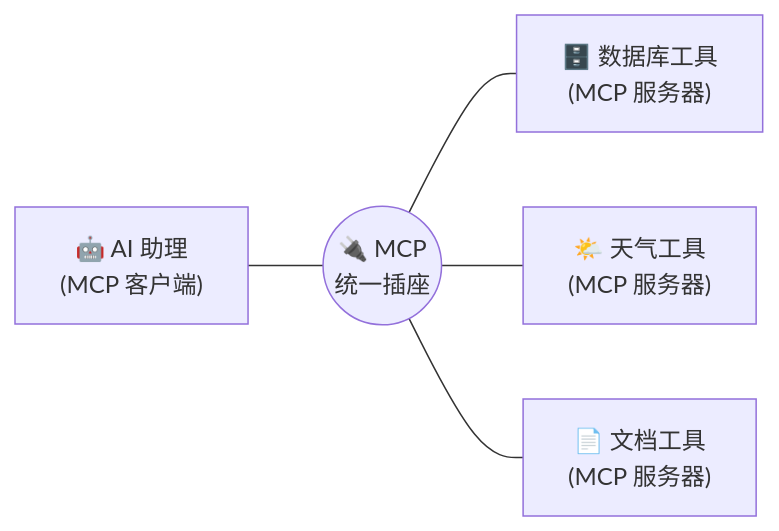
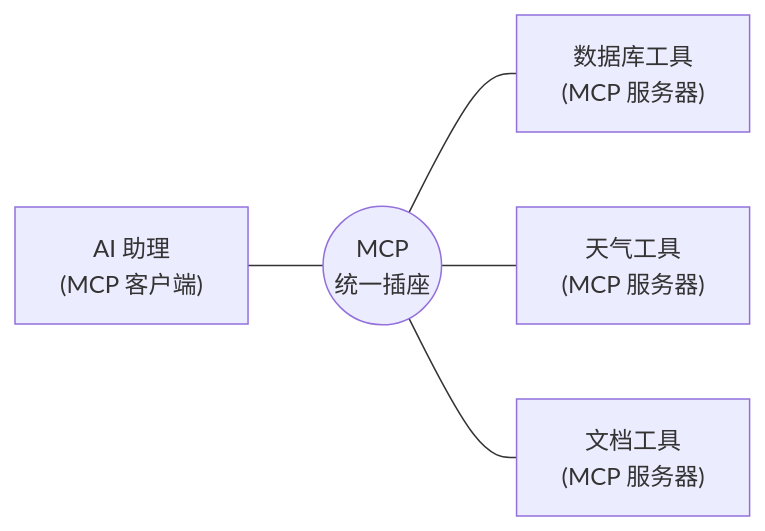
The second of 6 diagrams in docs/02_CONCEPTS_概念入门/CONCEPT/[CONCEPT-04] 什么是MCP-模型上下文协议.md (luckykhy/KhyAiHub), drawn with Mermaid before and after one commit. The commit also changed other lines of this file and 19 other files, not shown here.

````diff
--- a/docs/02_CONCEPTS_概念入门/CONCEPT/[CONCEPT-04] 什么是MCP-模型上下文协议.md
+++ b/docs/02_CONCEPTS_概念入门/CONCEPT/[CONCEPT-04] 什么是MCP-模型上下文协议.md
@@ -83,12 +83,12 @@
 ```mermaid
 flowchart LR
-  AI["🤖 AI 助理<br/>(MCP 客户端)"]
-  P(("🔌 MCP<br/>统一插座"))
-  S1["🗄️ 数据库工具<br/>(MCP 服务器)"]
-  S2["🌤️ 天气工具<br/>(MCP 服务器)"]
-  S3["📄 文档工具<br/>(MCP 服务器)"]
+  AI["AI 助理<br/>(MCP 客户端)"]
+  P(("MCP<br/>统一插座"))
+  S1["数据库工具<br/>(MCP 服务器)"]
+  S2["天气工具<br/>(MCP 服务器)"]
+  S3["文档工具<br/>(MCP 服务器)"]
   AI --- P
   P --- S1
   P --- S2
   P --- S3
 ```
````
